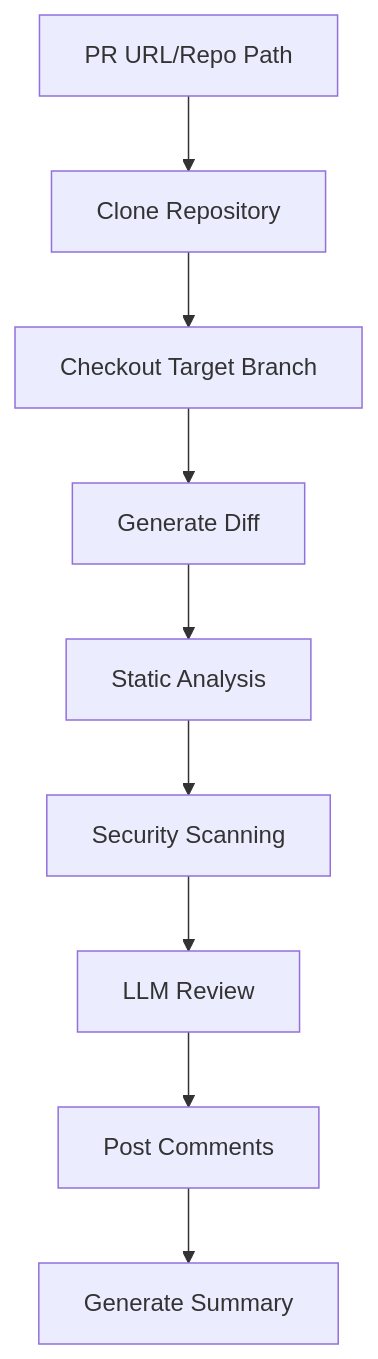
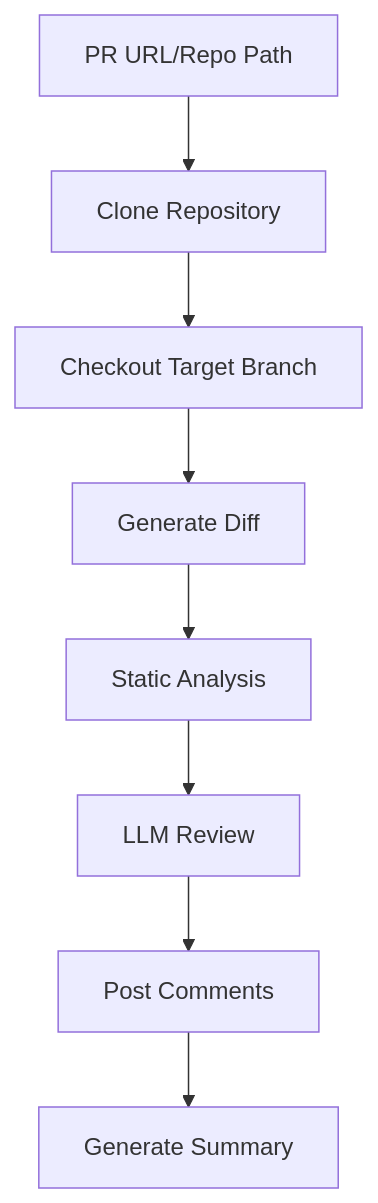
The diagram in README.md (inderanz/x-pull-request-reviewer), drawn with Mermaid before and after one commit. The commit also changed other lines of this file, not shown here.

````diff
--- a/README.md
+++ b/README.md
@@ -73,11 +84,10 @@
 ```mermaid
 graph TD
     A[PR URL/Repo Path] --> B[Clone Repository]
     B --> C[Checkout Target Branch]
     C --> D[Generate Diff]
     D --> E[Static Analysis]
-    E --> F[Security Scanning]
-    F --> G[LLM Review]
-    G --> H[Post Comments]
-    H --> I[Generate Summary]
+    E --> F[LLM Review]
+    F --> G[Post Comments]
+    G --> H[Generate Summary]
 ```
````
